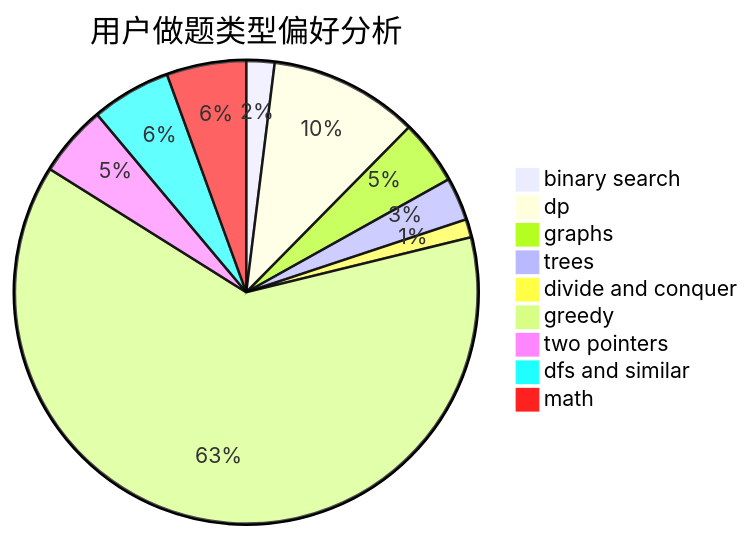
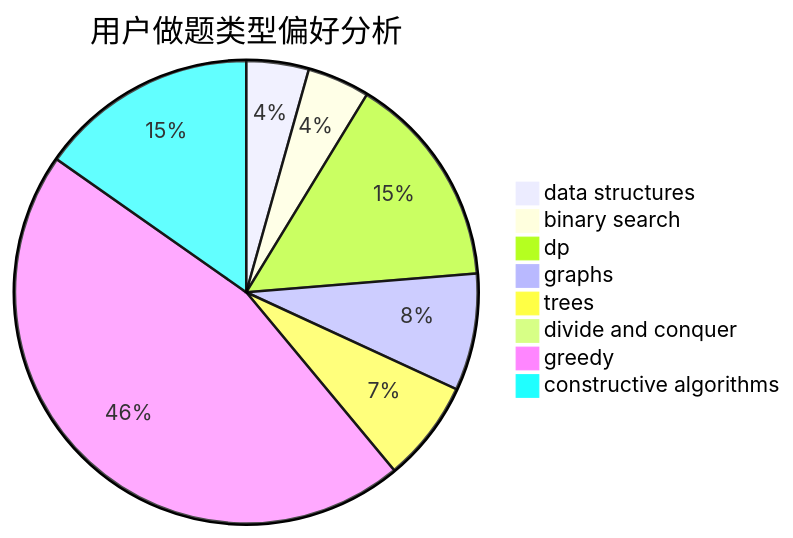
Before and after one commit to sherpahu/cfrs.github.io: the second of 3 diagrams in docs/user/u262.md, drawn with Mermaid. The commit also changed other lines of this file and 2775 other files, not shown here.

````diff
--- a/docs/user/u262.md
+++ b/docs/user/u262.md
@@ -23,12 +23,11 @@
 ```mermaid
 pie title 用户做题类型偏好分析
-    "binary search" :  17
-    "dp" :  90
-    "graphs" :  39
+    "data structures" :  16
+    "binary search" :  16
+    "dp" :  55
+    "graphs" :  30
     "trees" :  26
-    "divide and conquer" :  11
-    "greedy" :  542
-    "two pointers" :  43
-    "dfs and similar" :  48
-    "math" :  48
+    "divide and conquer" :  0
+    "greedy" :  168
+    "constructive algorithms" :  56
 ```
````
